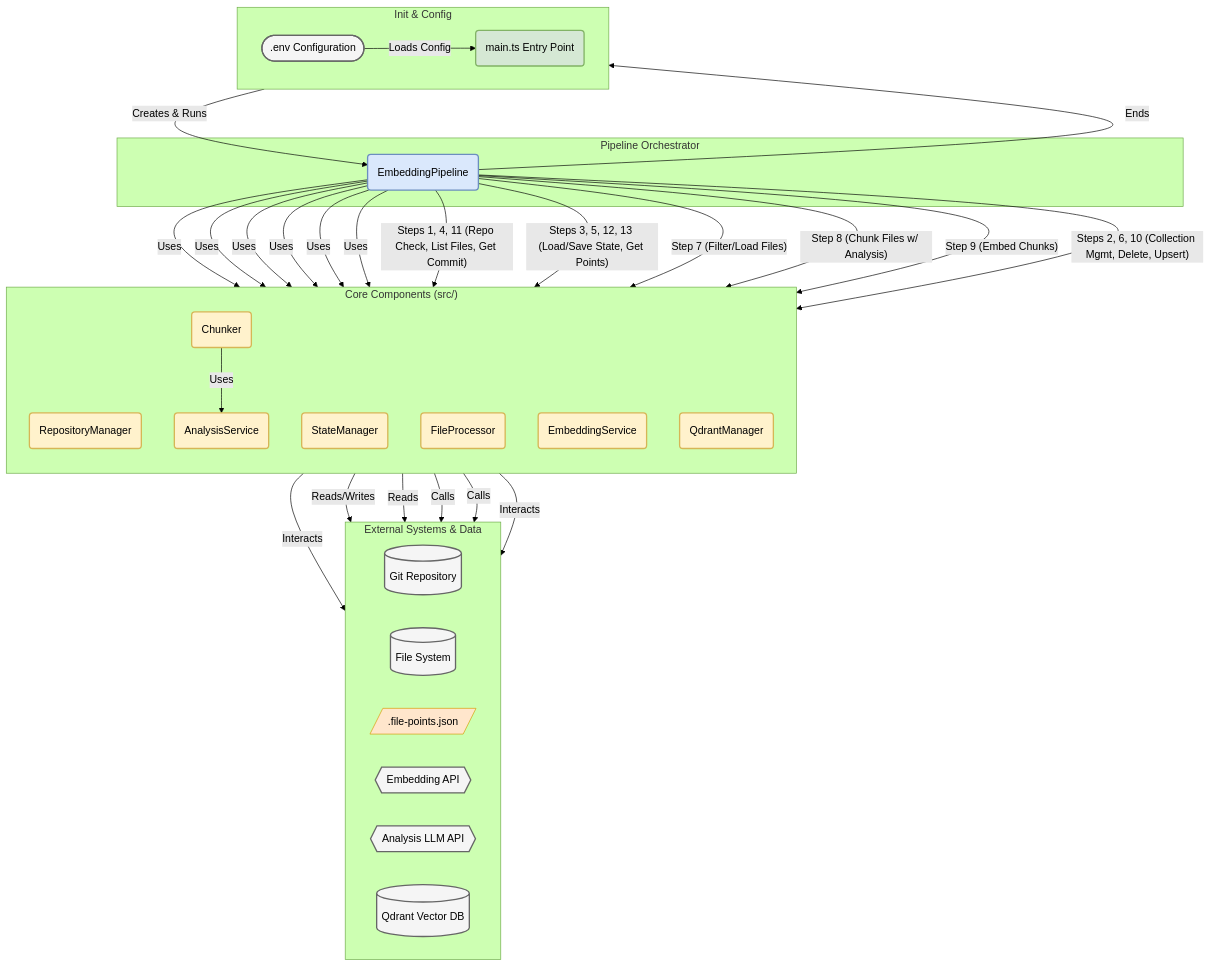
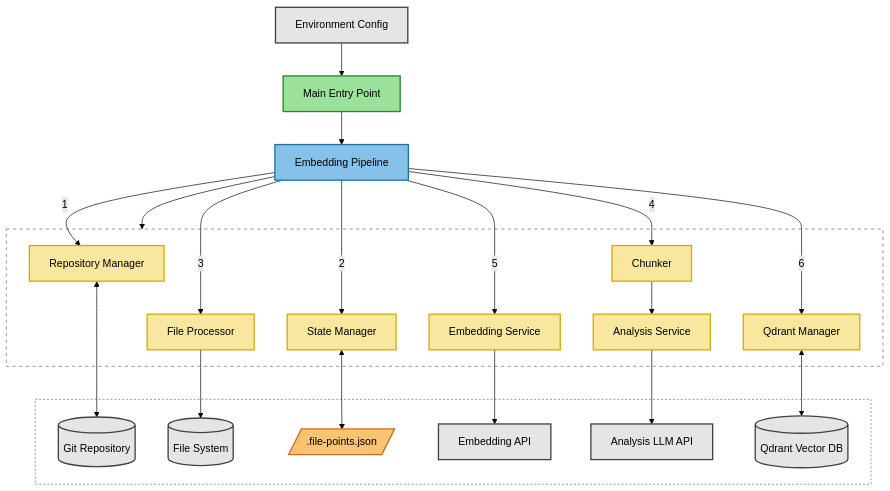
One commit to mark-hingston/embedder changed the diagram in README.md. Above: the diagram before and after it, drawn with Mermaid (forest theme).

Commit message:
Update mermaid diagram

````diff
--- a/README.md
+++ b/README.md
@@ -34,74 +34,62 @@
 ```mermaid
-graph TD
-    %% Define Styles
-    classDef init fill:#D5E8D4,stroke:#82B366,stroke-width:2px,color:#000;       %% Light Green BG
-    classDef orchestrator fill:#DAE8FC,stroke:#6C8EBF,stroke-width:2px,color:#000; %% Light Blue BG
-    classDef component fill:#FFF2CC,stroke:#D6B656,stroke-width:2px,color:#000;    %% Light Yellow BG
-    classDef external fill:#F5F5F5,stroke:#666666,stroke-width:2px,color:#000;     %% Light Grey BG
-    classDef data fill:#FFE6CC,stroke:#D79B00,stroke-width:1px,color:#000;         %% Light Orange BG
+flowchart TB
+    %% Define Styles with higher contrast and simpler look
+    classDef init fill:#9BE09B,stroke:#2D882D,stroke-width:2px,color:#000,rounded:true;
+    classDef orchestrator fill:#85C1E9,stroke:#2471A3,stroke-width:2px,color:#000,rounded:true;
+    classDef component fill:#F9E79F,stroke:#D4AC0D,stroke-width:2px,color:#000,rounded:true;
+    classDef external fill:#E5E5E5,stroke:#424242,stroke-width:2px,color:#000,rounded:true;
+    classDef data fill:#F8C471,stroke:#CA6F1E,stroke-width:2px,color:#000,rounded:true;
 
-    subgraph "Init & Config"
-      direction LR
-      env([.env Configuration]):::external
-      main(main.ts Entry Point):::init
+    %% Main Entry Point
+    main["Main Entry Point"]:::init
+    env["Environment Config"]:::external
+    
+    %% Core Pipeline
+    pipeline["Embedding Pipeline"]:::orchestrator
+    
+    %% Components Group - improved text contrast
+    subgraph Components["<b>Core Components</b>"]
+        repoMgr["Repository Manager"]:::component
+        stateMgr["State Manager"]:::component
+        fileProc["File Processor"]:::component
+        chunker["Chunker"]:::component
+        analysisSvc["Analysis Service"]:::component
+        embedSvc["Embedding Service"]:::component
+        qdrantMgr["Qdrant Manager"]:::component
     end
-
-    subgraph "Pipeline Orchestrator"
-       pipeline(EmbeddingPipeline):::orchestrator
-    end
-
-    subgraph "Core Components (src/)"
-        direction TB
-        repoMgr(RepositoryManager):::component
-        stateMgr(StateManager):::component
-        fileProc(FileProcessor):::component
-        chunker(Chunker):::component
-        analysisSvc(AnalysisService):::component
-        embedSvc(EmbeddingService):::component
-        qdrantMgr(QdrantManager):::component
-    end
-
-    subgraph "External Systems & Data"
-        direction LR
+    style Components fill:none,stroke-dasharray:5 5,stroke:#666,color:white
+    
+    %% External Systems Group - improved text contrast
+    subgraph External["<b>External Systems & Data</b>"]
         gitRepo[(Git Repository)]:::external
         fs[(File System)]:::external
         stateFile[/".file-points.json"/]:::data
-        embedApi{{Embedding API}}:::external
-        llmApi{{Analysis LLM API}}:::external
+        embedApi["Embedding API"]:::external
+        llmApi["Analysis LLM API"]:::external
         qdrantDb[(Qdrant Vector DB)]:::external
-        %% Removed mastraLib node
     end
-
-    %% Initialization
-    env -- "Loads Config" --> main
-    main -- "Creates & Runs" --> pipeline
-
-    %% Component Usage (Pipeline uses components)
-    pipeline -- "Uses" --> repoMgr
-    pipeline -- "Uses" --> stateMgr
-    pipeline -- "Uses" --> fileProc
-    pipeline -- "Uses" --> chunker
-    pipeline -- "Uses" --> embedSvc
-    pipeline -- "Uses" --> qdrantMgr
-    chunker -- "Uses" --> analysisSvc
-    %% Specific dependency for analysis within chunking
-
-    %% External Interactions (Components interact with external systems)
-    repoMgr -- "Interacts" --> gitRepo
-    stateMgr -- "Reads/Writes" --> stateFile
-    fileProc -- "Reads" --> fs
-    analysisSvc -- "Calls" --> llmApi
-    %% Removed chunker -> mastraLib connection
-    embedSvc -- "Calls" --> embedApi
-    qdrantMgr -- "Interacts" --> qdrantDb
-
-    %% Pipeline Step Flow (Grouped by Component, referencing code comments)
-    pipeline -- "Steps 1, 4, 11 (Repo Check, List Files, Get Commit)" --> repoMgr
-    pipeline -- "Steps 3, 5, 12, 13 (Load/Save State, Get Points)" --> stateMgr
-    pipeline -- "Step 7 (Filter/Load Files)" --> fileProc
-    pipeline -- "Step 8 (Chunk Files w/ Analysis)" --> chunker
-    pipeline -- "Step 9 (Embed Chunks)" --> embedSvc
-    pipeline -- "Steps 2, 6, 10 (Collection Mgmt, Delete, Upsert)" --> qdrantMgr
-
-    pipeline -- "Ends" --> main
+    style External fill:none,stroke-dasharray:3 3,stroke:#666,color:white
+    
+    %% Core Flow - centrally balanced
+    env --> main --> pipeline
+    
+    %% Pipeline to Components - balanced layout
+    pipeline --> Components
+    
+    %% Component to External connections
+    repoMgr <--> gitRepo
+    stateMgr <--> stateFile
+    fileProc --> fs
+    chunker --> analysisSvc
+    analysisSvc --> llmApi
+    embedSvc --> embedApi
+    qdrantMgr <--> qdrantDb
+    
+    %% Pipeline process flow - balanced top to bottom
+    pipeline --> |"1"|repoMgr
+    pipeline --> |"2"|stateMgr
+    pipeline --> |"3"|fileProc
+    pipeline --> |"4"|chunker
+    pipeline --> |"5"|embedSvc
+    pipeline --> |"6"|qdrantMgr
 ```
````
